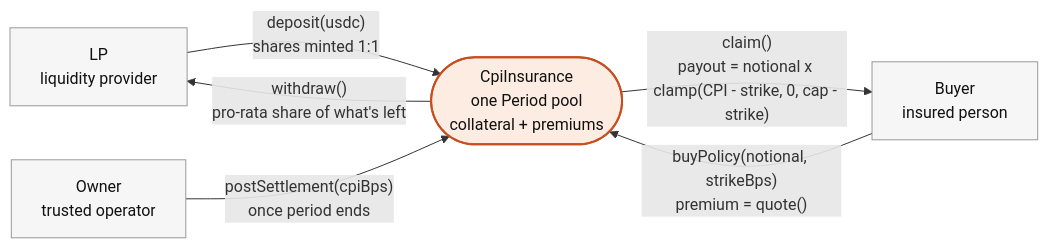
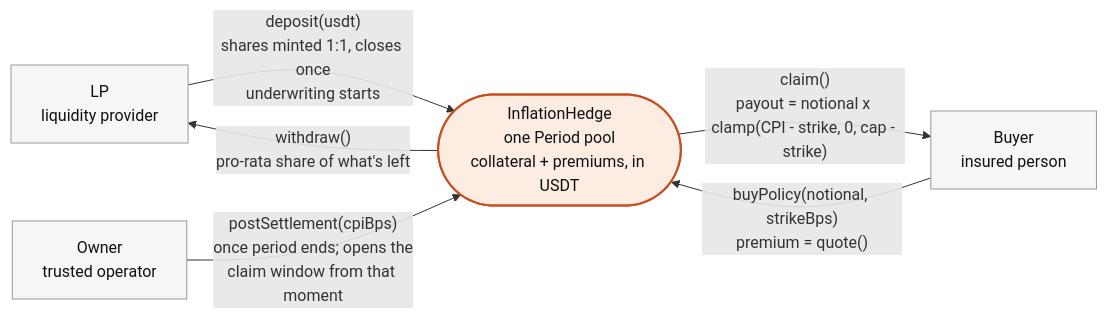
Before and after one commit to lexfrl/inflation-insurance: the first of 2 diagrams in README.md, drawn with Mermaid. The commit also changed other lines of this file and 22 other files, not shown here.

First line of the commit message:
Rebrand to IPC Shield, USDT collateral, fix settlement + LP-dilution bugs

````diff
--- a/README.md
+++ b/README.md
@@ -70,20 +87,20 @@
 ```mermaid
 flowchart LR
     LP["LP<br/>liquidity provider"]
     BUYER["Buyer<br/>insured person"]
     OWNER["Owner<br/>trusted operator"]
-    POOL(["CpiInsurance<br/>one Period pool<br/>collateral + premiums"])
+    POOL(["InflationHedge<br/>one Period pool<br/>collateral + premiums, in USDT"])
 
-    LP -- "deposit(usdc)<br/>shares minted 1:1" --> POOL
+    LP -- "deposit(usdt)<br/>shares minted 1:1, closes once<br/>underwriting starts" --> POOL
     POOL -- "withdraw()<br/>pro-rata share of what's left" --> LP
 
     BUYER -- "buyPolicy(notional, strikeBps)<br/>premium = quote()" --> POOL
     POOL -- "claim()<br/>payout = notional x clamp(CPI - strike, 0, cap - strike)" --> BUYER
 
-    OWNER -- "postSettlement(cpiBps)<br/>once period ends" --> POOL
+    OWNER -- "postSettlement(cpiBps)<br/>once period ends; opens the<br/>claim window from that moment" --> POOL
 
     classDef role fill:#f6f6f6,stroke:#999,color:#111;
     classDef pool fill:#fdece2,stroke:#c74e1e,stroke-width:2px,color:#111;
     class LP,BUYER,OWNER role;
     class POOL pool;
 ```
````
